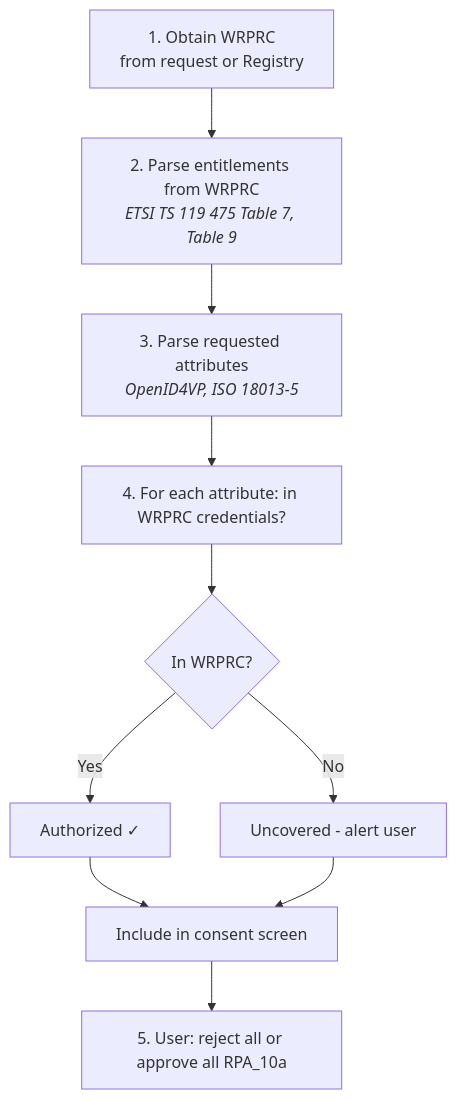
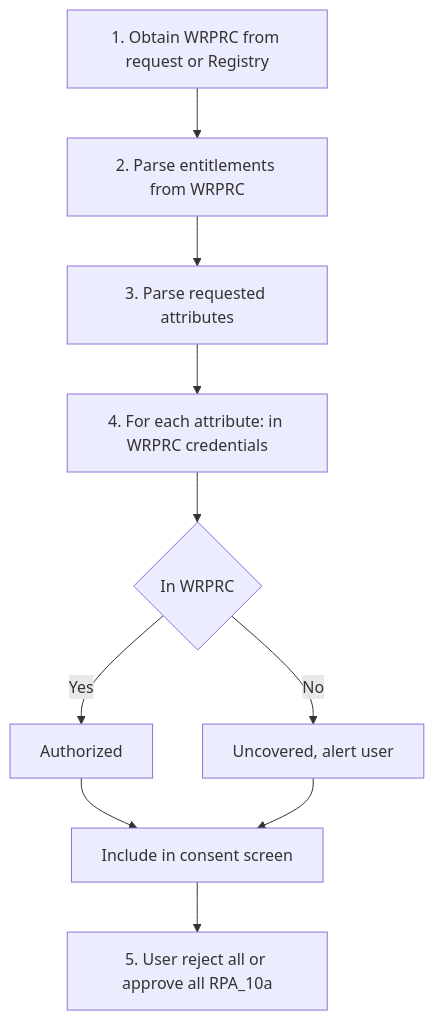
The eighth of 9 diagrams in task2-trust-framework/wallet-policy-discovery.md (webuild-consortium/wp4-trust-group), drawn with Mermaid before and after one commit. The commit also changed other lines of this file, not shown here.

Commit message:
fix: policy discovery mermaid rendering error

````diff
--- a/task2-trust-framework/wallet-policy-discovery.md
+++ b/task2-trust-framework/wallet-policy-discovery.md
@@ -543,12 +543,12 @@
 ```mermaid
 flowchart TD
-    A[1. Obtain WRPRC<br/>from request or Registry] --> B
-    B[2. Parse entitlements from WRPRC<br/><i>ETSI TS 119 475 Table 7, Table 9</i>] --> C
-    C[3. Parse requested attributes<br/><i>OpenID4VP, ISO 18013-5</i>] --> D
-    D[4. For each attribute: in WRPRC credentials?] --> E{In WRPRC?}
-    E -->|Yes| F[Authorized ✓]
-    E -->|No| G[Uncovered - alert user]
+    A[1. Obtain WRPRC from request or Registry] --> B
+    B[2. Parse entitlements from WRPRC] --> C
+    C[3. Parse requested attributes] --> D
+    D[4. For each attribute: in WRPRC credentials] --> E{In WRPRC}
+    E -->|Yes| F[Authorized]
+    E -->|No| G[Uncovered, alert user]
     F --> H[Include in consent screen]
     G --> H
-    H --> I[5. User: reject all or approve all RPA_10a]
+    H --> I[5. User reject all or approve all RPA_10a]
 ```
````
